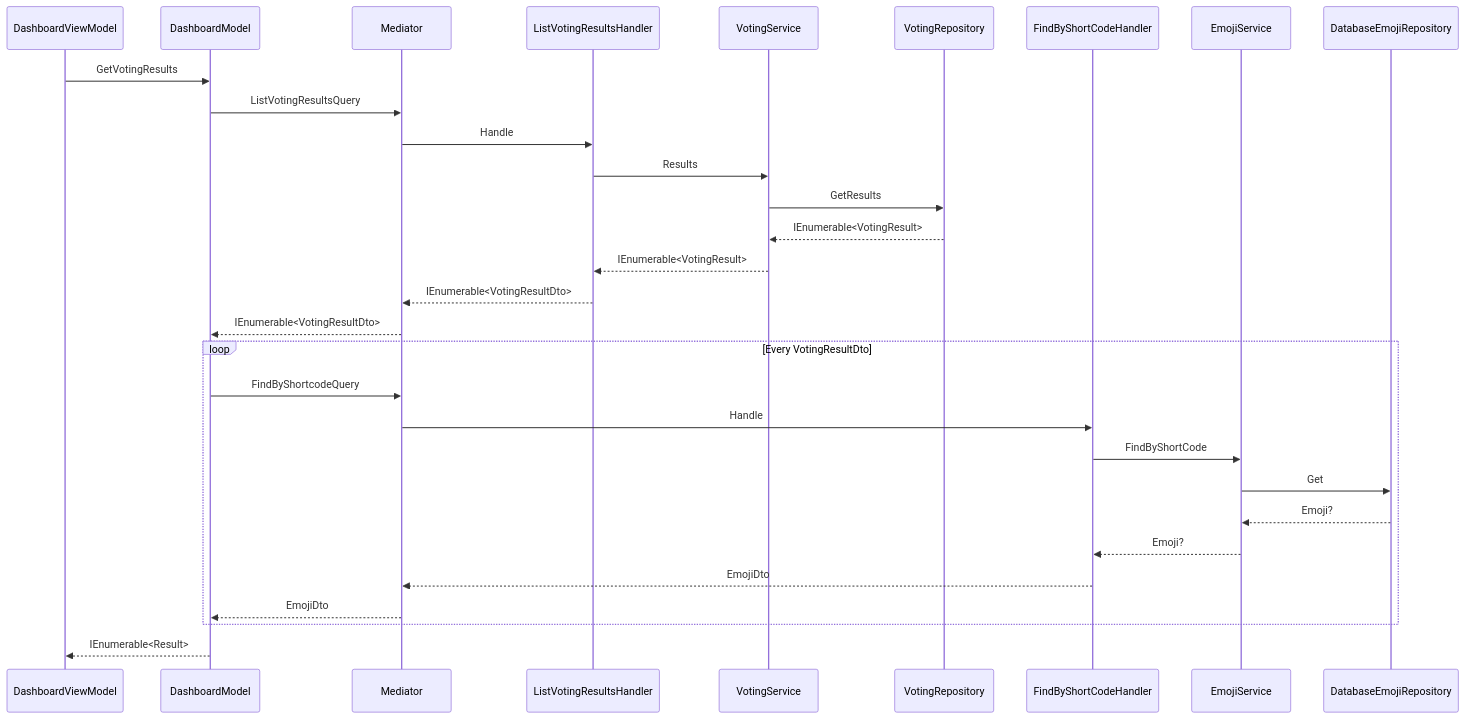
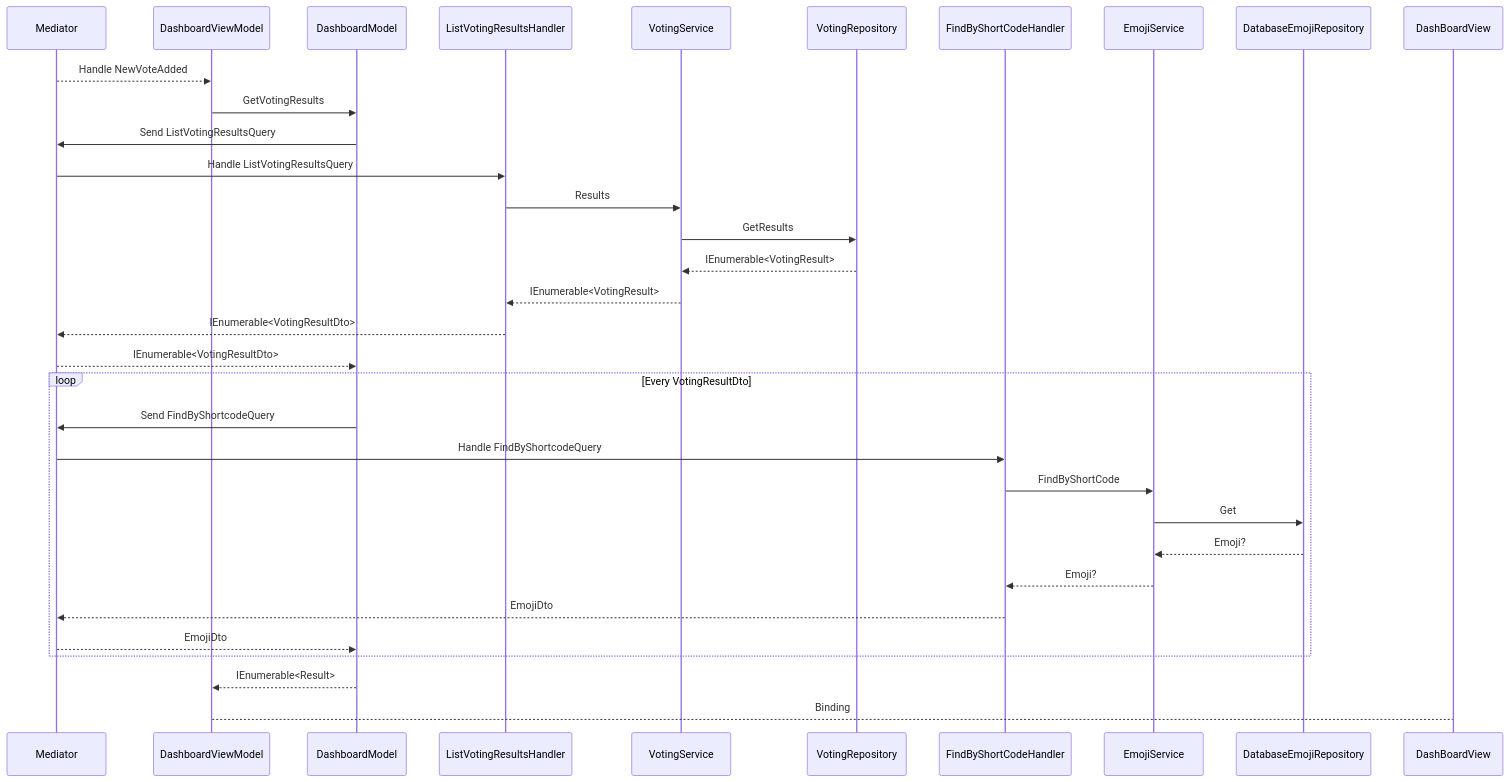
Before and after one commit to bravecobra/gui_study: the fourth of 5 diagrams in README.md, drawn with Mermaid. The commit also changed other lines of this file, not shown here.

Commit message:
Added sequenceDiagram for the voting and the notifications

````diff
--- a/README.md
+++ b/README.md
@@ -24,23 +66,25 @@
-``` mermaid
+```mermaid
 sequenceDiagram
+    Mediator-->>DashboardViewModel: Handle NewVoteAdded
     DashboardViewModel->>DashboardModel:GetVotingResults
-    DashboardModel->>Mediator:ListVotingResultsQuery
-    Mediator->>ListVotingResultsHandler:Handle
+    DashboardModel->>Mediator:Send ListVotingResultsQuery
+    Mediator->>ListVotingResultsHandler:Handle ListVotingResultsQuery
     ListVotingResultsHandler->>VotingService:Results
     VotingService->>VotingRepository:GetResults
     VotingRepository-->>VotingService:IEnumerable<VotingResult>
     VotingService-->>ListVotingResultsHandler:IEnumerable<VotingResult>
     ListVotingResultsHandler-->>Mediator:IEnumerable<VotingResultDto>
     Mediator-->>DashboardModel:IEnumerable<VotingResultDto>
     loop Every VotingResultDto
-        DashboardModel->>Mediator:FindByShortcodeQuery
-        Mediator->>FindByShortCodeHandler:Handle
+        DashboardModel->>Mediator:Send FindByShortcodeQuery
+        Mediator->>FindByShortCodeHandler:Handle FindByShortcodeQuery
         FindByShortCodeHandler->>EmojiService:FindByShortCode
         EmojiService->>DatabaseEmojiRepository:Get
         DatabaseEmojiRepository-->>EmojiService:Emoji?
         EmojiService-->>FindByShortCodeHandler:Emoji?
         FindByShortCodeHandler-->>Mediator:EmojiDto
         Mediator-->>DashboardModel:EmojiDto
     end
     DashboardModel-->>DashboardViewModel:IEnumerable<Result>
+    DashboardViewModel-->DashBoardView: Binding
 ```
````
